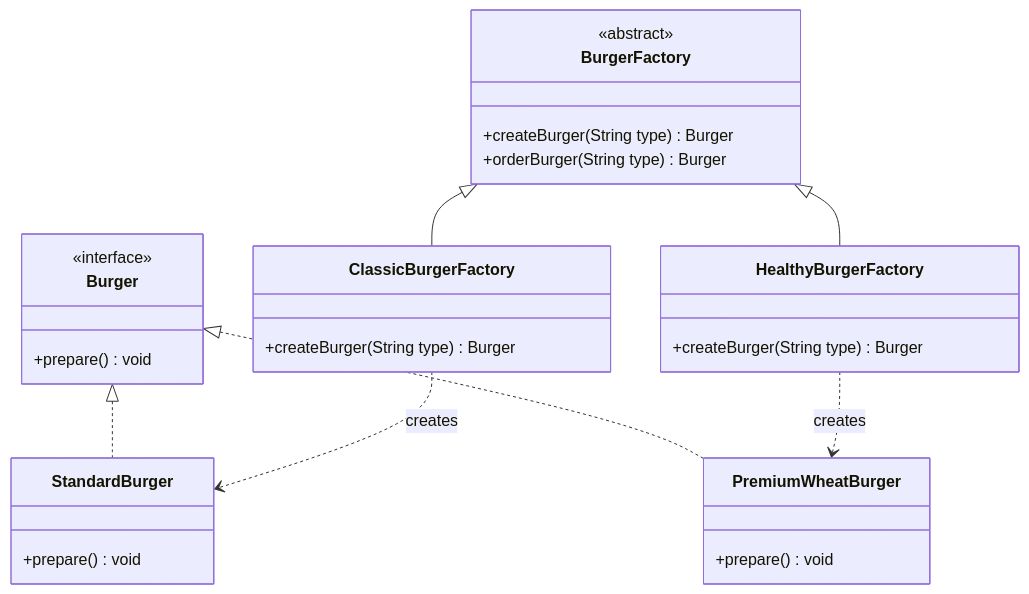
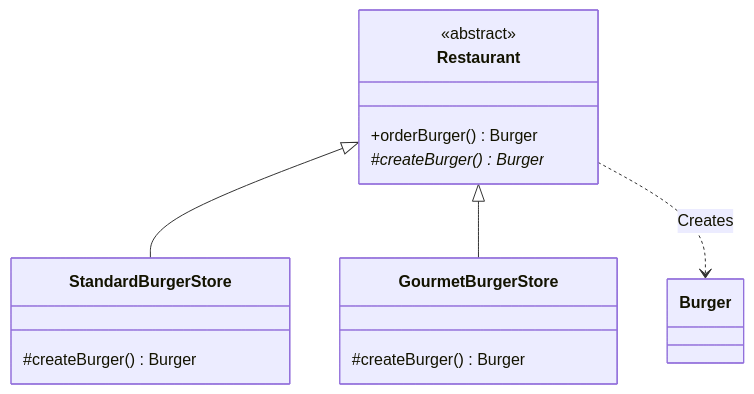
One commit to rohithgowda18/Notes changed the second of 3 diagrams in 04-OOPs-and-Design-Patterns/03-Design-Patterns/09-Factory-Design-Pattern.md. Above: the diagram before and after it, drawn with Mermaid. The commit also changed other lines of this file and 17 other files, not shown here.

Commit message:
docs(lld): enrich notes with deep architectural analysis, diagrams, anti-patterns & code

````diff
--- a/04-OOPs-and-Design-Patterns/03-Design-Patterns/09-Factory-Design-Pattern.md
+++ b/04-OOPs-and-Design-Patterns/03-Design-Patterns/09-Factory-Design-Pattern.md
@@ -54,32 +84,18 @@
 ```mermaid
 classDiagram
-    class Burger {
-        <<interface>>
-        +prepare() void
+    class Restaurant {
+        <<abstract>>
+        +orderBurger() Burger
+        #createBurger()* Burger
     }
-    class StandardBurger {
-        +prepare() void
+    class StandardBurgerStore {
+        #createBurger() Burger
     }
-    class PremiumWheatBurger {
-        +prepare() void
+    class GourmetBurgerStore {
+        #createBurger() Burger
     }
 
-    class BurgerFactory {
-        <<abstract>>
-        +createBurger(String type) Burger
-        +orderBurger(String type) Burger
-    }
-    class ClassicBurgerFactory {
-        +createBurger(String type) Burger
-    }
-    class HealthyBurgerFactory {
-        +createBurger(String type) Burger
-    }
-
-    Burger <|.. StandardBurger
-    Burger <|.. PremiumWheatBurger
-    BurgerFactory <|-- ClassicBurgerFactory
-    BurgerFactory <|-- HealthyBurgerFactory
-    ClassicBurgerFactory ..> StandardBurger : creates
-    HealthyBurgerFactory ..> PremiumWheatBurger : creates
+    Restaurant <|-- StandardBurgerStore
+    Restaurant <|-- GourmetBurgerStore
+    Restaurant ..> Burger : Creates
 ```
````
